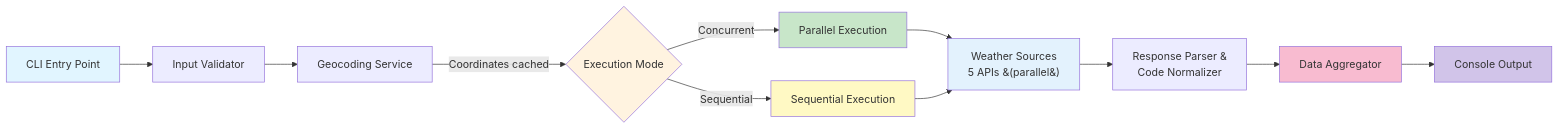
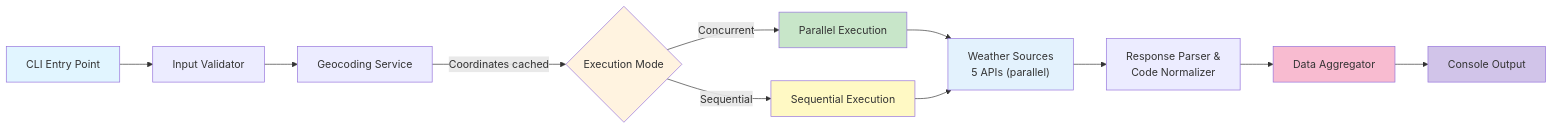
The first of 2 diagrams in README.md (dustin2023/concepts-of-programming-languages-compared-with-go), drawn with Mermaid before and after one commit.

Commit message:
Fix character entities in README diagram
Updated README to fix HTML character entities.

````diff
--- a/README.md
+++ b/README.md
@@ -89,24 +89,24 @@
 ```mermaid
 graph LR
     A[CLI Entry Point] --> B[Input Validator]
     B --> C[Geocoding Service]
     C -->|Coordinates cached| D{Execution Mode}
     
     D -->|Concurrent| E[Parallel Execution]
     D -->|Sequential| F[Sequential Execution]
     
-    E --> G[Weather Sources<br/>5 APIs &#40;parallel&#41;]
+    E --> G[Weather Sources<br/>5 APIs #40;parallel#41;]
     F --> G
     
     G --> H[Response Parser &<br/>Code Normalizer]
     H --> I[Data Aggregator]
     I --> J[Console Output]
     
     style A fill:#e1f5ff
     style D fill:#fff3e0
     style E fill:#c8e6c9
     style F fill:#fff9c4
     style G fill:#e3f2fd
     style I fill:#f8bbd0
     style J fill:#d1c4e9
 ```
````
